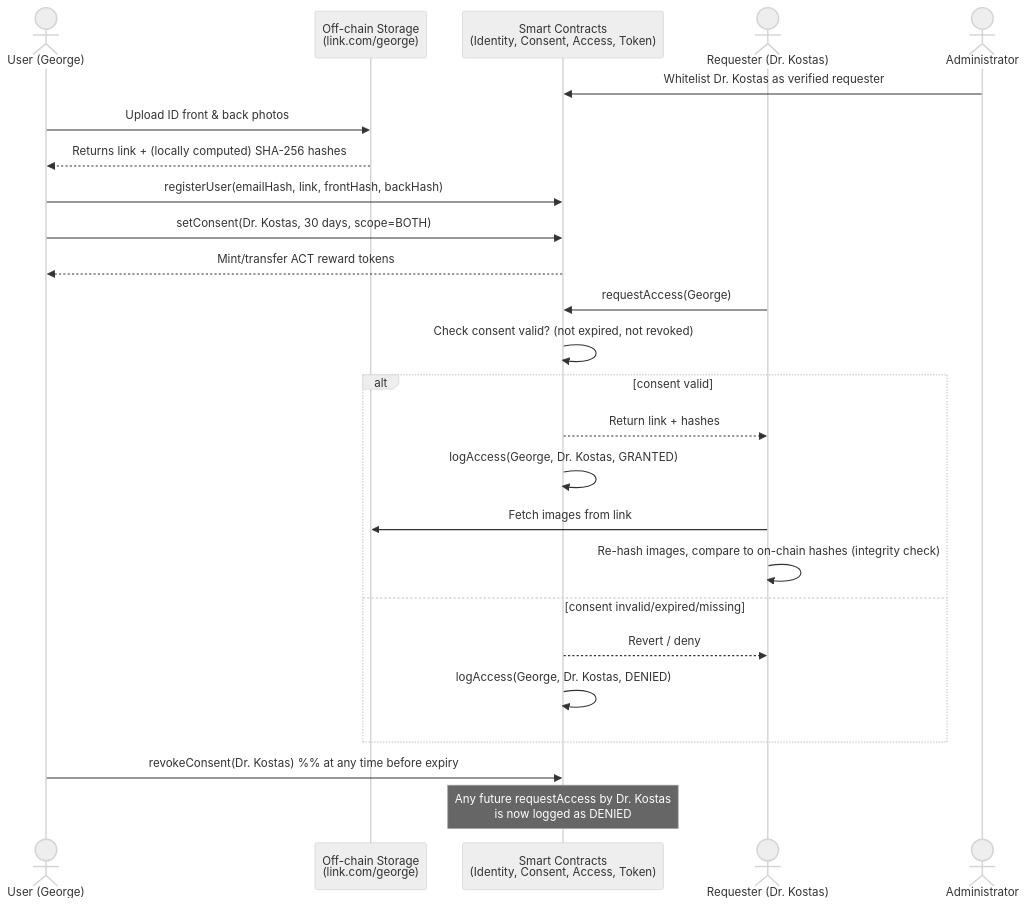
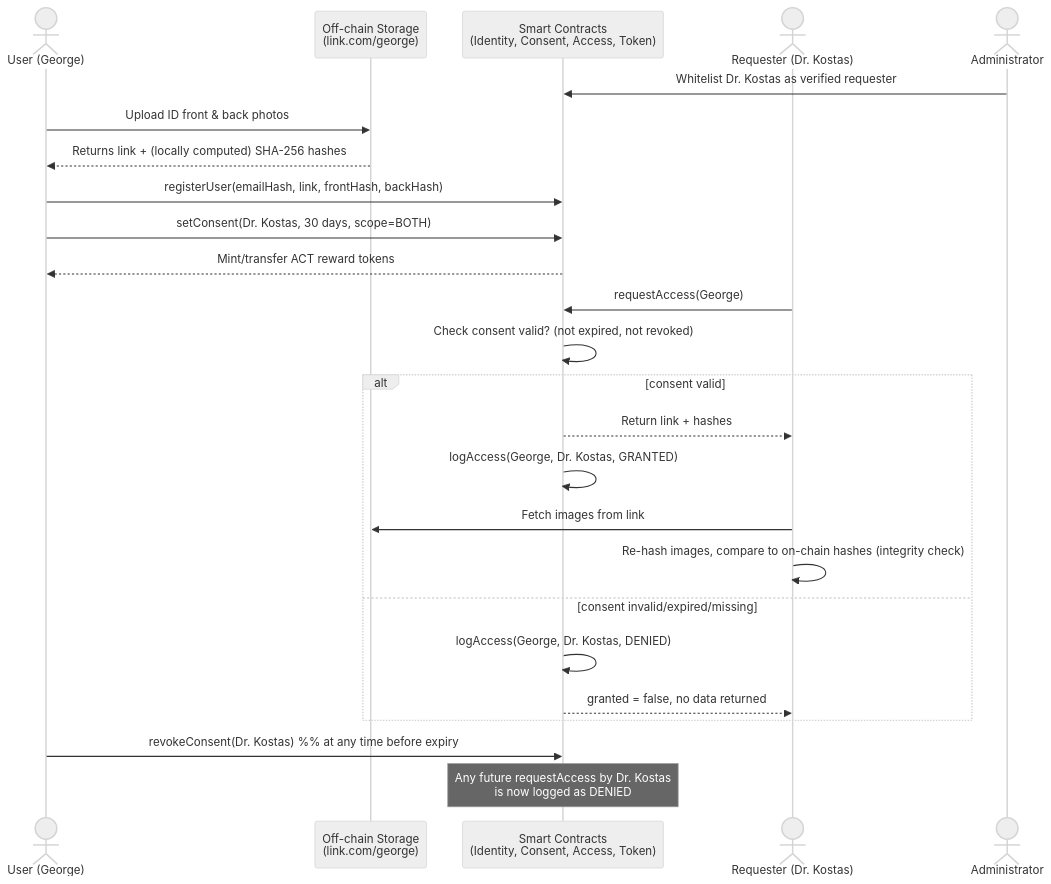
The diagram in digital-identity-platform/docs/step1-deliverable.md (Sh3llshock/daily-checkin), drawn with Mermaid (neutral theme) before and after one commit. The commit also changed other lines of this file and 5 other files, not shown here.

````diff
--- a/digital-identity-platform/docs/step1-deliverable.md
+++ b/digital-identity-platform/docs/step1-deliverable.md
@@ -118,28 +119,28 @@
 ```mermaid
 sequenceDiagram
     actor U as User (George)
     participant OffChain as Off-chain Storage<br/>(link.com/george)
     participant SC as Smart Contracts<br/>(Identity, Consent, Access, Token)
     actor R as Requester (Dr. Kostas)
     actor A as Administrator
 
     A->>SC: Whitelist Dr. Kostas as verified requester
     U->>OffChain: Upload ID front & back photos
     OffChain-->>U: Returns link + (locally computed) SHA-256 hashes
     U->>SC: registerUser(emailHash, link, frontHash, backHash)
     U->>SC: setConsent(Dr. Kostas, 30 days, scope=BOTH)
     SC-->>U: Mint/transfer ACT reward tokens
     R->>SC: requestAccess(George)
     SC->>SC: Check consent valid? (not expired, not revoked)
     alt consent valid
         SC-->>R: Return link + hashes
         SC->>SC: logAccess(George, Dr. Kostas, GRANTED)
         R->>OffChain: Fetch images from link
         R->>R: Re-hash images, compare to on-chain hashes (integrity check)
     else consent invalid/expired/missing
-        SC-->>R: Revert / deny
         SC->>SC: logAccess(George, Dr. Kostas, DENIED)
+        SC-->>R: granted = false, no data returned
     end
     U->>SC: revokeConsent(Dr. Kostas)  %% at any time before expiry
     Note over SC: Any future requestAccess by Dr. Kostas<br/>is now logged as DENIED
 ```
````
